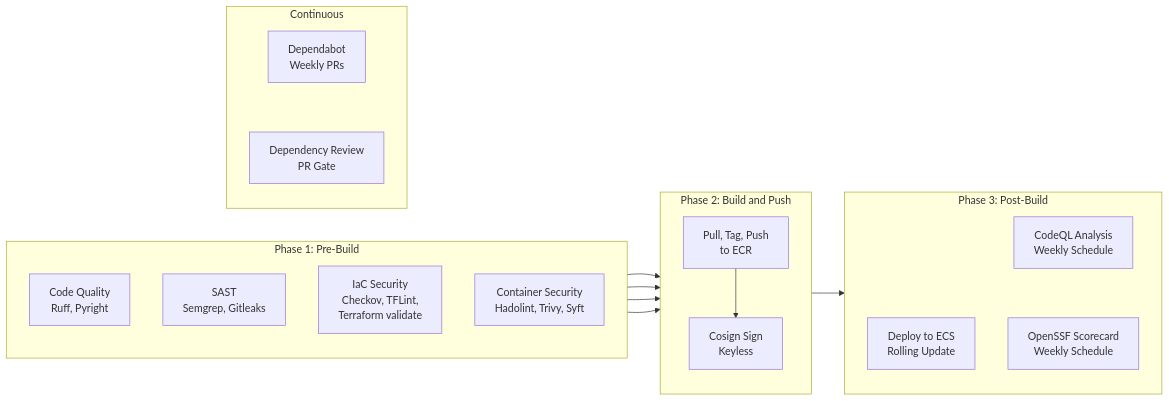
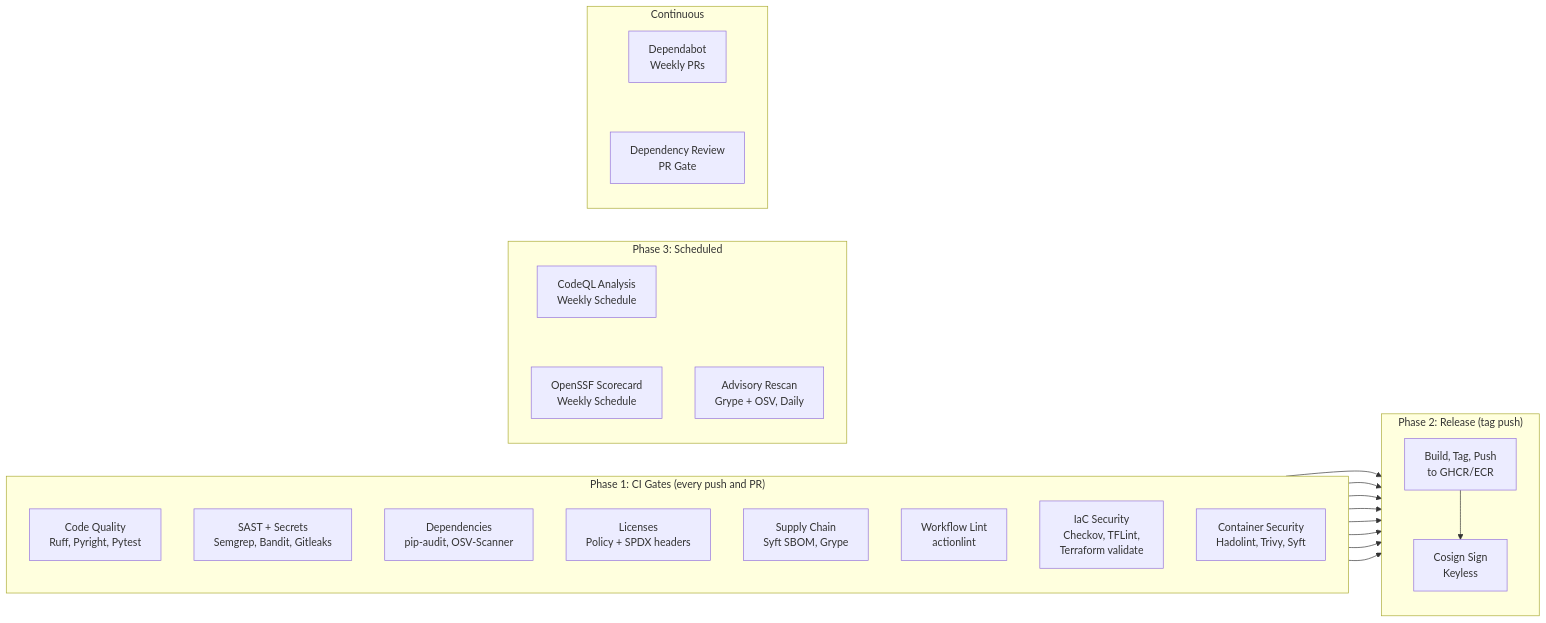
The second of 2 diagrams in docs/src/content/docs/admin-guide/security.md (theagenticguy/ai-gateway), drawn with Mermaid before and after one commit. The commit also changed other lines of this file and 10 other files, not shown here.

````diff
--- a/docs/src/content/docs/admin-guide/security.md
+++ b/docs/src/content/docs/admin-guide/security.md
@@ -207,35 +216,38 @@
 ```mermaid
 flowchart LR
-    subgraph prebuild["Phase 1: Pre-Build"]
+    subgraph prebuild["Phase 1: CI Gates (every push and PR)"]
         direction TB
-        Q["Code Quality\nRuff, Pyright"]
-        SAST["SAST\nSemgrep, Gitleaks"]
+        Q["Code Quality\nRuff, Pyright, Pytest"]
+        SAST["SAST + Secrets\nSemgrep, Bandit, Gitleaks"]
+        DEPS["Dependencies\npip-audit, OSV-Scanner"]
+        LIC["Licenses\nPolicy + SPDX headers"]
+        SUPPLY["Supply Chain\nSyft SBOM, Grype"]
+        WFL["Workflow Lint\nactionlint"]
         IAC["IaC Security\nCheckov, TFLint,\nTerraform validate"]
         CONT["Container Security\nHadolint, Trivy, Syft"]
     end
 
-    subgraph build["Phase 2: Build and Push"]
+    subgraph release["Phase 2: Release (tag push)"]
         direction TB
-        ECR["Pull, Tag, Push\nto ECR"]
+        ECR["Build, Tag, Push\nto GHCR/ECR"]
         SIGN["Cosign Sign\nKeyless"]
     end
 
-    subgraph postbuild["Phase 3: Post-Build"]
+    subgraph scheduled["Phase 3: Scheduled"]
         direction TB
-        DEPLOY["Deploy to ECS\nRolling Update"]
         CQL["CodeQL Analysis\nWeekly Schedule"]
         SC["OpenSSF Scorecard\nWeekly Schedule"]
+        RESCAN["Advisory Rescan\nGrype + OSV, Daily"]
     end
 
     subgraph continuous["Continuous"]
         direction TB
         DEP["Dependabot\nWeekly PRs"]
         DR["Dependency Review\nPR Gate"]
     end
 
-    Q & SAST & IAC & CONT --> build
+    Q & SAST & DEPS & LIC & SUPPLY & WFL & IAC & CONT --> release
     ECR --> SIGN
-    SIGN --> DEPLOY
     CQL ~~~ SC
     DEP ~~~ DR
 ```
````
